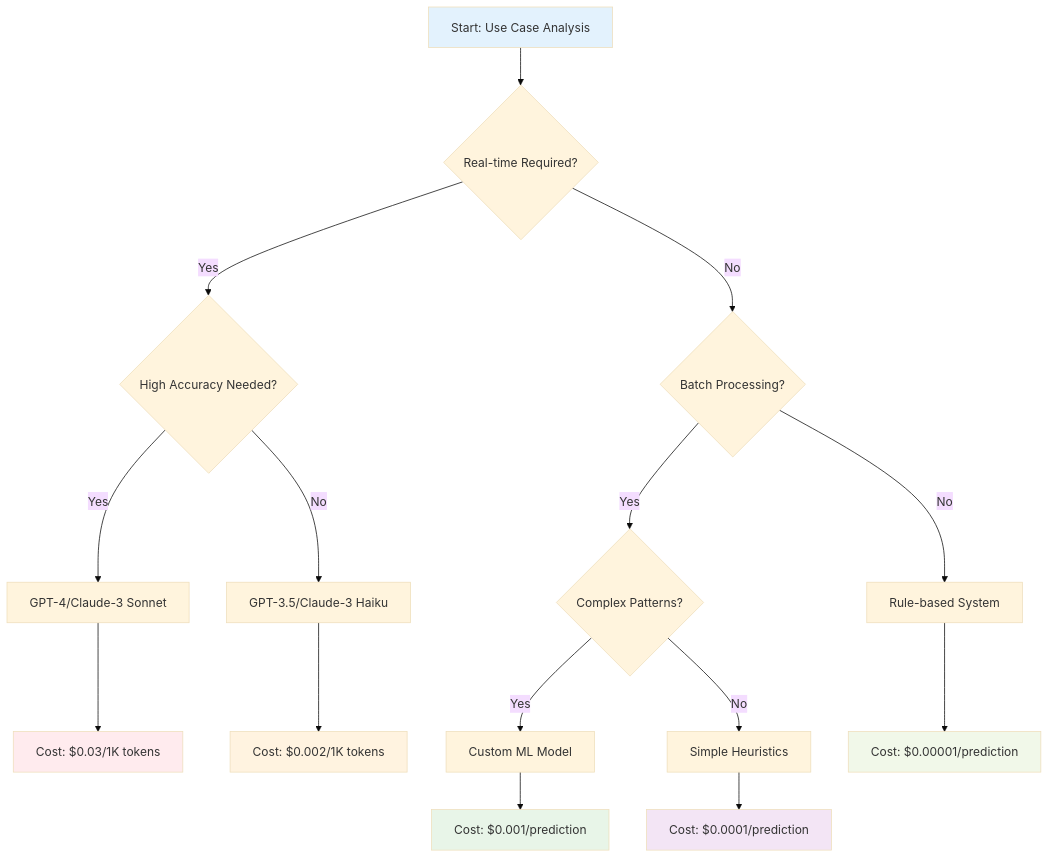
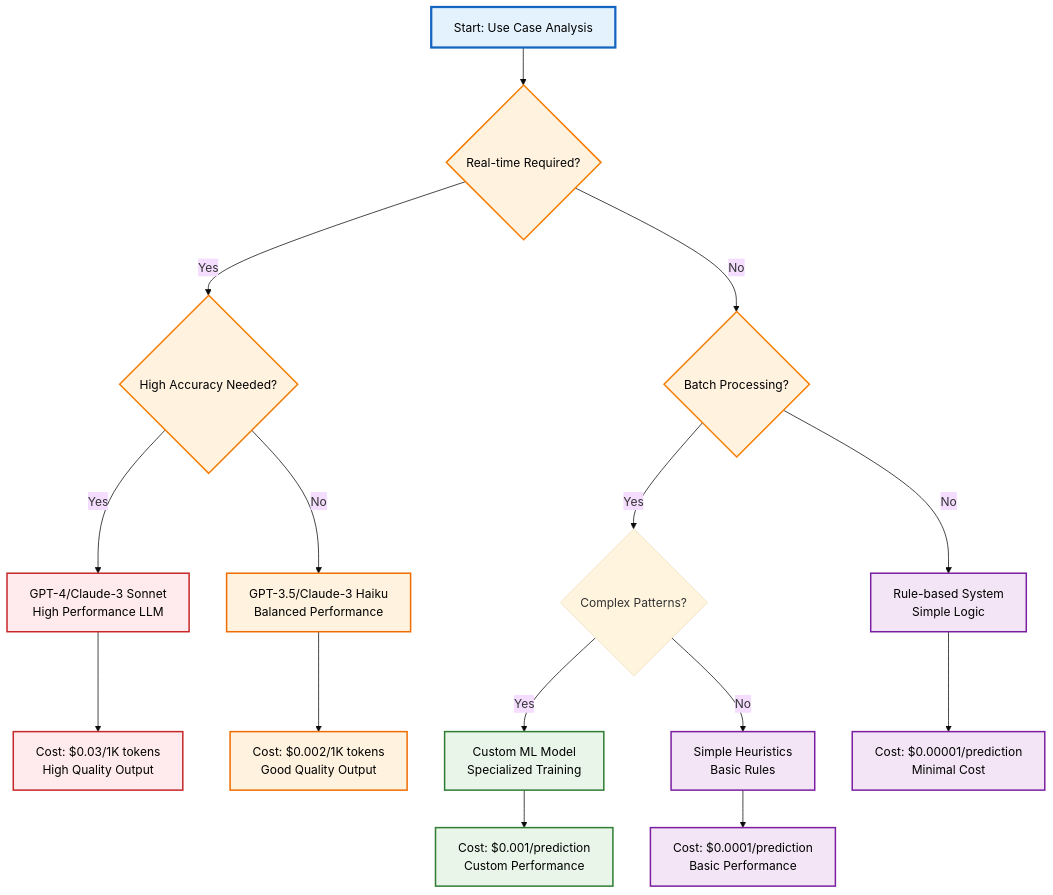
The sixth of 10 diagrams in reports/ai-roles-workflows-comprehensive.md (khaosans/articles), drawn with Mermaid (base theme) before and after one commit. The commit also changed other lines of this file and 91 other files, not shown here.

````diff
--- a/reports/ai-roles-workflows-comprehensive.md
+++ b/reports/ai-roles-workflows-comprehensive.md
@@ -314,28 +314,37 @@
 ```mermaid
 graph TD
     A[Start: Use Case Analysis] --> B{Real-time Required?}
     B -->|Yes| C{High Accuracy Needed?}
     B -->|No| D{Batch Processing?}
     
-    C -->|Yes| E[GPT-4/Claude-3 Sonnet]
-    C -->|No| F[GPT-3.5/Claude-3 Haiku]
+    C -->|Yes| E[GPT-4/Claude-3 Sonnet<br/>High Performance LLM]
+    C -->|No| F[GPT-3.5/Claude-3 Haiku<br/>Balanced Performance]
     
     D -->|Yes| G{Complex Patterns?}
-    D -->|No| H[Rule-based System]
+    D -->|No| H[Rule-based System<br/>Simple Logic]
     
-    G -->|Yes| I[Custom ML Model]
-    G -->|No| J[Simple Heuristics]
+    G -->|Yes| I[Custom ML Model<br/>Specialized Training]
+    G -->|No| J[Simple Heuristics<br/>Basic Rules]
     
-    E --> K[Cost: $0.03/1K tokens]
-    F --> L[Cost: $0.002/1K tokens]
-    I --> M[Cost: $0.001/prediction]
-    J --> N[Cost: $0.0001/prediction]
-    H --> O[Cost: $0.00001/prediction]
+    E --> K[Cost: $0.03/1K tokens<br/>High Quality Output]
+    F --> L[Cost: $0.002/1K tokens<br/>Good Quality Output]
+    I --> M[Cost: $0.001/prediction<br/>Custom Performance]
+    J --> N[Cost: $0.0001/prediction<br/>Basic Performance]
+    H --> O[Cost: $0.00001/prediction<br/>Minimal Cost]
     
-    style A fill:#e3f2fd
-    style K fill:#ffebee
-    style L fill:#fff3e0
-    style M fill:#e8f5e8
-    style N fill:#f3e5f5
-    style O fill:#f1f8e9
+    %% Enhanced styling with better visual hierarchy
+    classDef start fill:#e3f2fd,stroke:#1565c0,stroke-width:3px,color:#000
+    classDef decision fill:#fff3e0,stroke:#f57c00,stroke-width:2px,color:#000
+    classDef highCost fill:#ffebee,stroke:#c62828,stroke-width:2px,color:#000
+    classDef mediumCost fill:#fff3e0,stroke:#ef6c00,stroke-width:2px,color:#000
+    classDef lowCost fill:#e8f5e8,stroke:#2e7d32,stroke-width:2px,color:#000
+    classDef lowestCost fill:#f3e5f5,stroke:#7b1fa2,stroke-width:2px,color:#000
+    
+    class A start
+    class B,C,D decision
+    class E,K highCost
+    class F,L mediumCost
+    class I,M lowCost
+    class J,N lowestCost
+    class H,O lowestCost
 ```
````
